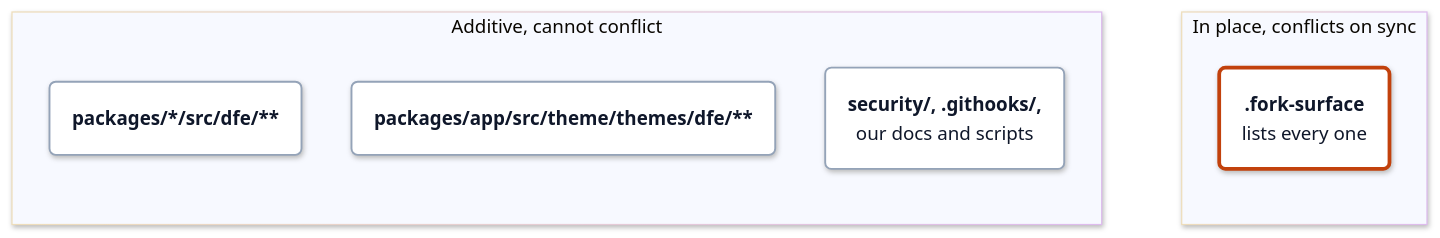
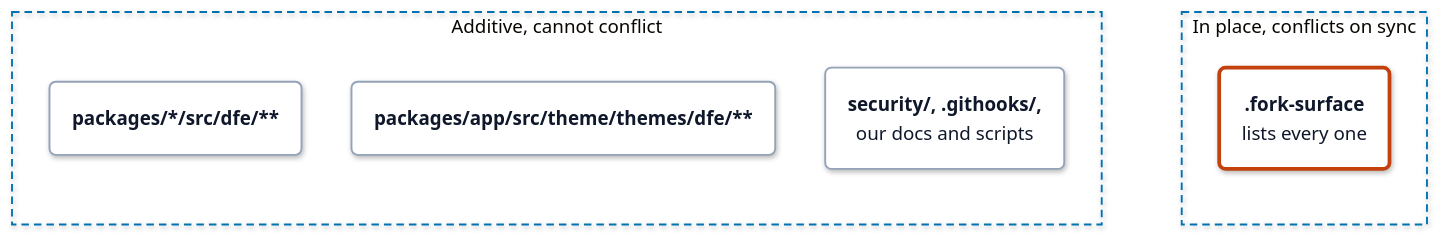
Before and after one commit to hyperi-io/dfe-hyperdx: the diagram in docs/fork/what-we-changed.md, drawn with Mermaid. The commit also changed 5 other files, not shown here.

First line of the commit message:
fix(docs): make six diagrams pass the check

````diff
--- a/docs/fork/what-we-changed.md
+++ b/docs/fork/what-we-changed.md
@@ -47,74 +47,76 @@
 ```mermaid
 ---
 config:
   theme: base
   look: neo
   fontFamily: Inter, -apple-system, Segoe UI, Roboto, Helvetica, Arial, sans-serif
   flowchart:
     curve: linear
     nodeSpacing: 40
     rankSpacing: 64
     padding: 18
     wrappingWidth: 280
     htmlLabels: true
   elk:
     preset: modelOrder
   themeVariables:
     fontSize: 15px
     lineColor: "#64748B"
     primaryTextColor: "#0F172A"
     clusterBorder: "#0072B2"
     edgeLabelBackground: "#FFFFFF"
   themeCSS: >-
     p{margin:0}
     .node[data-look] rect,.node[data-look] path,.node[data-look] polygon,.node[data-look] .outer-path{filter:drop-shadow(0 1px 2px rgba(15,23,42,.10)) drop-shadow(0 6px 14px rgba(15,23,42,.10))}
     .node rect{rx:10px;ry:10px}
     .cluster rect{rx:16px;ry:16px}
     .node .label div{min-width:150px}
     .node.decision .label div{min-width:0}
     .cluster[data-look] rect{filter:none}
     .nodeLabel{line-height:1.35}
     .nodeLabel b{font-weight:600;font-size:15px;letter-spacing:-0.01em}
     .nodeLabel span{font-size:12.5px;font-weight:400;color:#334155}
     .cluster-label span.nodeLabel{display:inline-block;background:#FFFFFF;color:#0B2A3F;border:1.5px solid #0072B2;border-radius:999px;padding:2px 12px;font-size:11.5px;font-weight:700;letter-spacing:.09em;text-transform:uppercase}
     .flowchart-link{stroke-width:1.75px}
     .labelBkg{background:transparent!important}
     span.edgeLabel{display:inline-block;background:#FFFFFF!important;color:#1E293B;border:1px solid #94A3B8;border-radius:999px;padding:2px 10px;font-size:12px;font-weight:500}
     span.edgeLabel p{background:transparent!important}
     .label-icon{width:20px;height:20px;vertical-align:-4px;margin-right:6px}
     .ingest .label-icon{color:#0E8A7D}
     .xform .label-icon{color:#7B4FB0}
     .load .label-icon{color:#0072B2}
     .bus .label-icon{color:#A8517F}
     .store .label-icon{color:#00785A}
     .ui .label-icon{color:#D9480F}
     .ext .label-icon{color:#64748B}
 ---
 flowchart LR
   accTitle: L4 Detail -- Where our code lives
   accDescr: Additive paths, the api, app and common-utils dfe directories, the dfe theme, the security and githooks directories, and our docs and scripts, cannot conflict. In-place edits to upstream files conflict on a sync, and .fork-surface lists every one.
   subgraph additive["Additive, cannot conflict"]
     direction TB
     dfedirs("<b>packages/*/src/dfe/**</b>")
     theme("<b>packages/app/src/theme/themes/dfe/**</b>")
     tools("<b>security/, .githooks/,</b><br/><span>our docs and scripts</span>")
   end
   subgraph inplace["In place, conflicts on sync"]
     direction TB
     surface("<b>.fork-surface</b><br/><span>lists every one</span>")
   end
   additive ~~~ inplace
   classDef ext fill:#F4F6F8,stroke:#94A3B8,stroke-width:1.5px,stroke-dasharray:5 4,color:#0F172A
   classDef ingest fill:#FFFFFF,stroke:#0E8A7D,stroke-width:3px,color:#0F172A
   classDef xform fill:#FFFFFF,stroke:#7B4FB0,stroke-width:3px,color:#0F172A
   classDef load fill:#FFFFFF,stroke:#0072B2,stroke-width:3px,color:#0F172A
   classDef bus fill:#FFFFFF,stroke:#A8517F,stroke-width:3px,color:#0F172A
   classDef store fill:#FFFFFF,stroke:#00785A,stroke-width:3px,color:#0F172A
   classDef ui fill:#FFFFFF,stroke:#D9480F,stroke-width:3px,color:#0F172A
   classDef decision fill:#FFFFFF,stroke:#9A6700,stroke-width:3px,color:#0F172A
   classDef error fill:#FFFFFF,stroke:#C2410C,stroke-width:3px,color:#0F172A
   classDef control fill:#FFFFFF,stroke:#334155,stroke-width:3px,color:#0F172A
   classDef part fill:#FFFFFF,stroke:#94A3B8,stroke-width:1.5px,color:#0F172A
   class dfedirs,theme,tools part
   class surface error
+  style additive fill:none,stroke:#0072B2,stroke-width:1.5px,stroke-dasharray:6 4
+  style inplace fill:none,stroke:#0072B2,stroke-width:1.5px,stroke-dasharray:6 4
 ```
````
